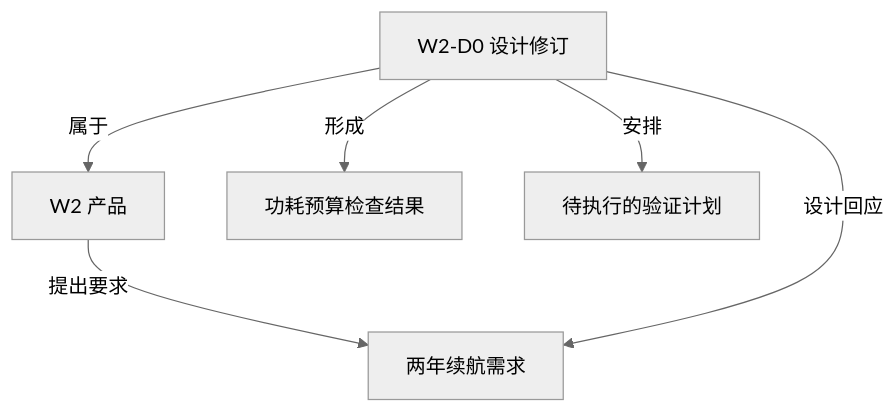
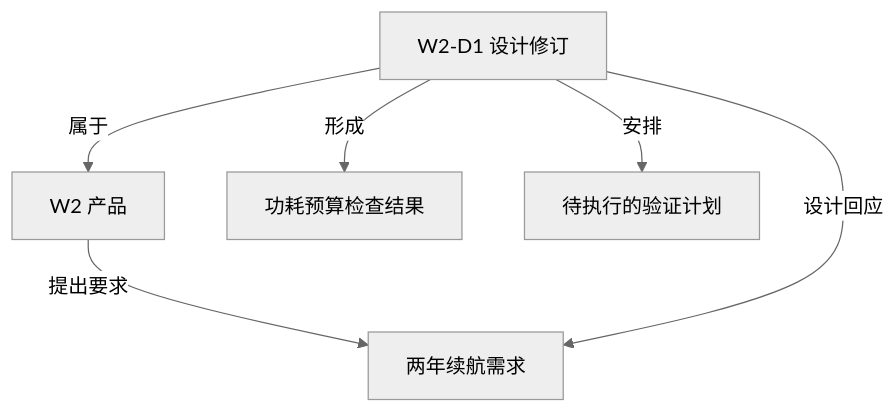
One commit to LENSHOOD/enterprise-context-book changed the third of 3 diagrams in book/part-2/chapter-08.md. Above: the diagram before and after it, drawn with Mermaid (neutral theme). The commit also changed other lines of this file and 37 other files, not shown here.

````diff
--- a/book/part-2/chapter-08.md
+++ b/book/part-2/chapter-08.md
@@ -119,8 +119,8 @@
 ```mermaid
 flowchart TB
   P[W2 产品] -->|提出要求| R[两年续航需求]
-  D[W2-D0 设计修订] -->|属于| P
+  D[W2-D1 设计修订] -->|属于| P
   D -->|设计回应| R
   D -->|形成| B[功耗预算检查结果]
   D -->|安排| Q[待执行的验证计划]
 ```
````
